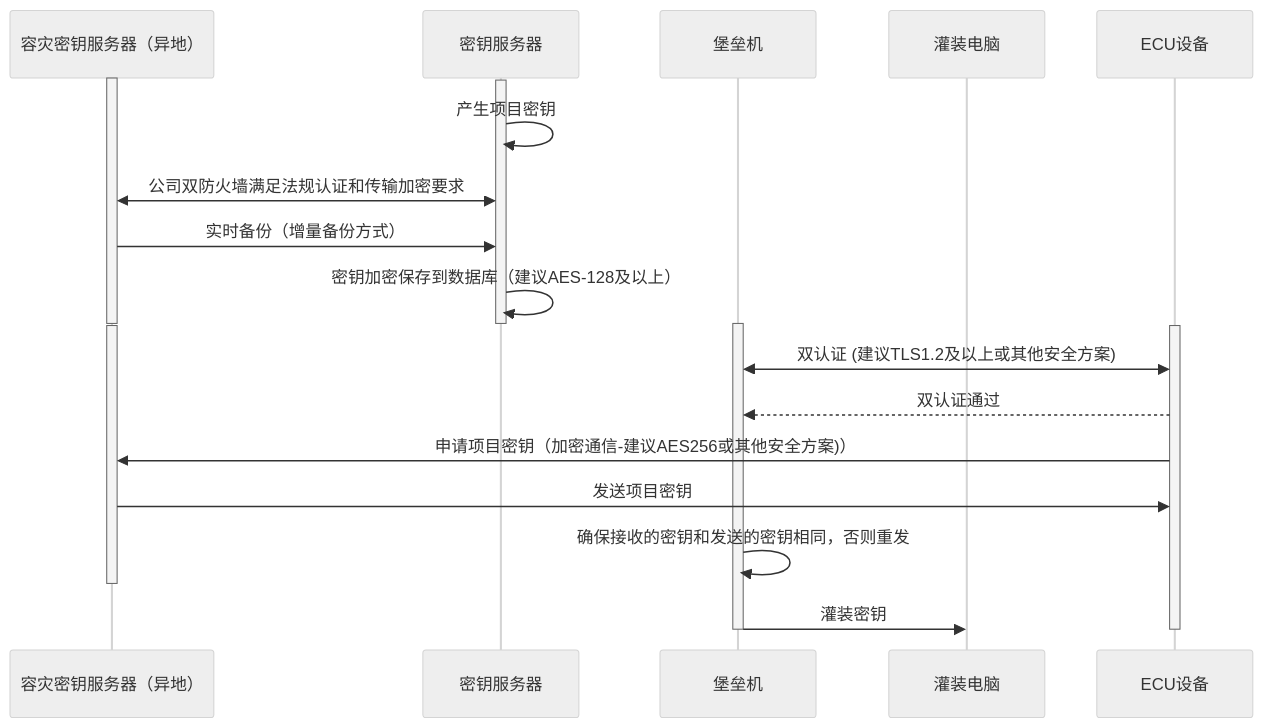
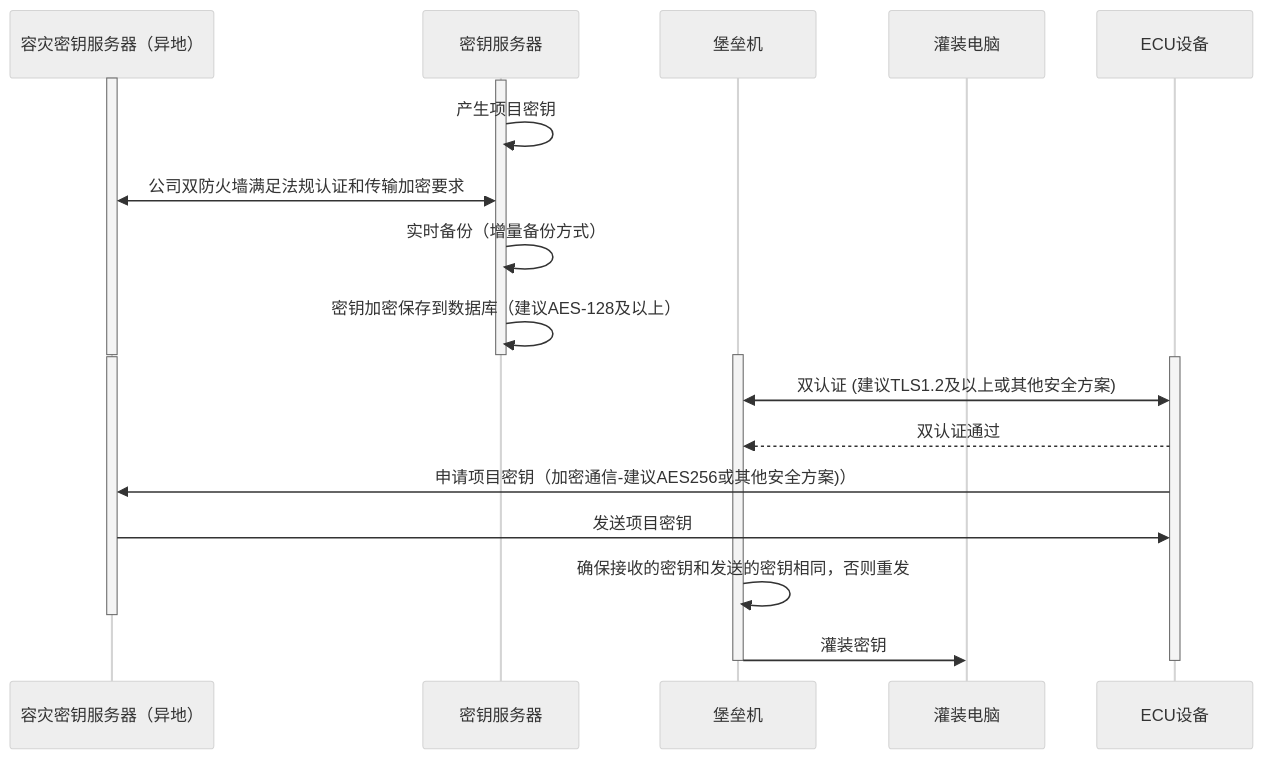
Before and after one commit to facebook-cloud/iodraw-files: the diagram in all/未命名-15.md, drawn with Mermaid (neutral theme).

Commit message:
2026-02-07 10:00:05 update

````diff
--- a/all/未命名-15.md
+++ b/all/未命名-15.md
@@ -1,34 +1,34 @@
 ```mermaid
 sequenceDiagram
     participant A as 容灾密钥服务器（异地）
     participant B as 密钥服务器
     participant C as 堡垒机
     participant D as 灌装电脑
     participant E as ECU设备
 
     activate A
     activate B
     B->>B: 产生项目密钥
     A<<->>B: 公司双防火墙满足法规认证和传输加密要求
-    A->>B: 实时备份（增量备份方式）
+    B->>B: 实时备份（增量备份方式）
     B->>B: 密钥加密保存到数据库（建议AES-128及以上）
     deactivate B
     deactivate A
 
     activate C
     activate A
     activate E
 
     C<<->>E: 双认证 (建议TLS1.2及以上或其他安全方案)
     E-->>C: 双认证通过
 
     E->>A: 申请项目密钥（加密通信-建议AES256或其他安全方案)）
     A->>E: 发送项目密钥
 
     C->>C: 确保接收的密钥和发送的密钥相同，否则重发
     deactivate A
     C->>D: 灌装密钥
     deactivate C
     deactivate E
 
 ```
````
